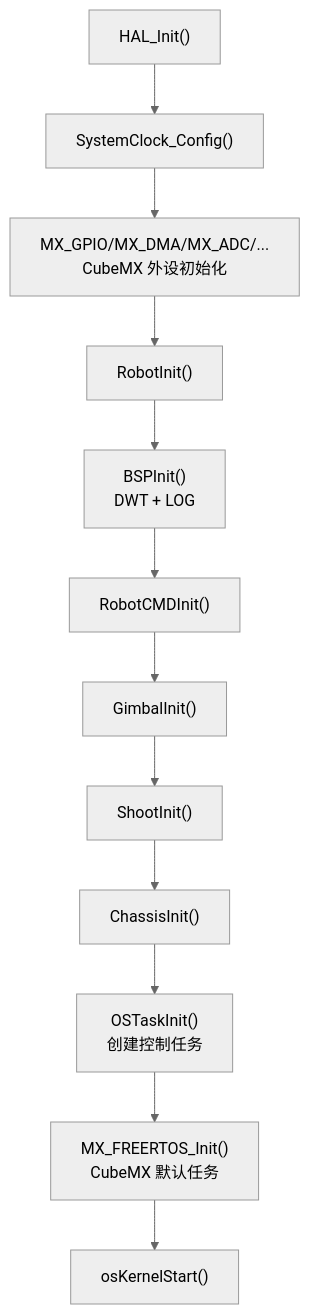
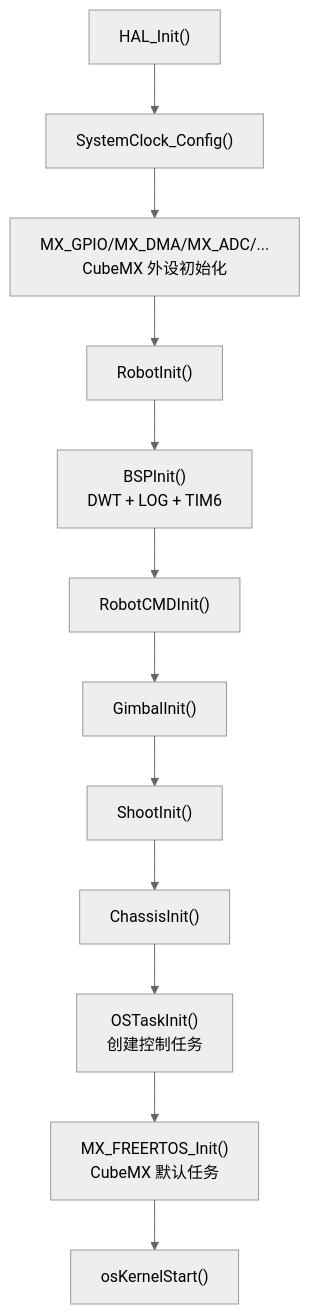
One commit to LonelyMarch/Basic_Framework_MC02 changed the second of 4 diagrams in doc/项目架构说明.md. Above: the diagram before and after it, drawn with Mermaid (neutral theme). The commit also changed other lines of this file and 65 other files, not shown here.

````diff
--- a/doc/项目架构说明.md
+++ b/doc/项目架构说明.md
@@ -114,18 +114,18 @@
 ```mermaid
 flowchart TD
     A["HAL_Init()"]
     B["SystemClock_Config()"]
     C["MX_GPIO/MX_DMA/MX_ADC/...<br/>CubeMX 外设初始化"]
     D["RobotInit()"]
-    E["BSPInit()<br/>DWT + LOG"]
+    E["BSPInit()<br/>DWT + LOG + TIM6"]
     F["RobotCMDInit()"]
     G["GimbalInit()"]
     H["ShootInit()"]
     I["ChassisInit()"]
     J["OSTaskInit()<br/>创建控制任务"]
     K["MX_FREERTOS_Init()<br/>CubeMX 默认任务"]
     L["osKernelStart()"]
 
     A --> B --> C --> D
     D --> E --> F --> G --> H --> I --> J --> K --> L
 ```
````
